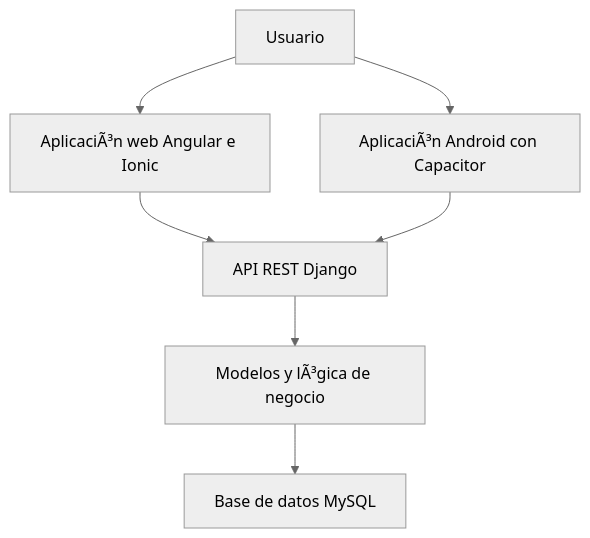
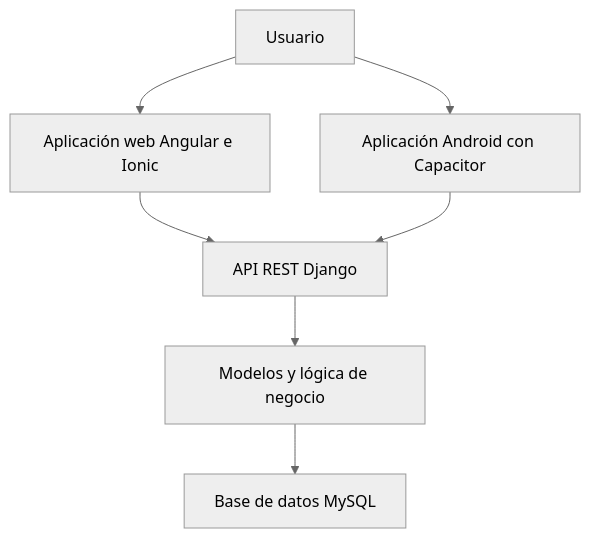
One commit to Jorgegranda06/SeguimientoReto changed the diagram in README.md. Above: the diagram before and after it, drawn with Mermaid (neutral theme). The commit also changed other lines of this file, not shown here.

````diff
--- a/README.md
+++ b/README.md
@@ -64,9 +64,9 @@
 ```mermaid
 flowchart TD
-    A[Usuario] --> B[AplicaciÃ³n web Angular e Ionic]
-    A --> C[AplicaciÃ³n Android con Capacitor]
+    A[Usuario] --> B[Aplicación web Angular e Ionic]
+    A --> C[Aplicación Android con Capacitor]
     B --> D[API REST Django]
     C --> D
-    D --> E[Modelos y lÃ³gica de negocio]
+    D --> E[Modelos y lógica de negocio]
     E --> F[Base de datos MySQL]
 ```
````
